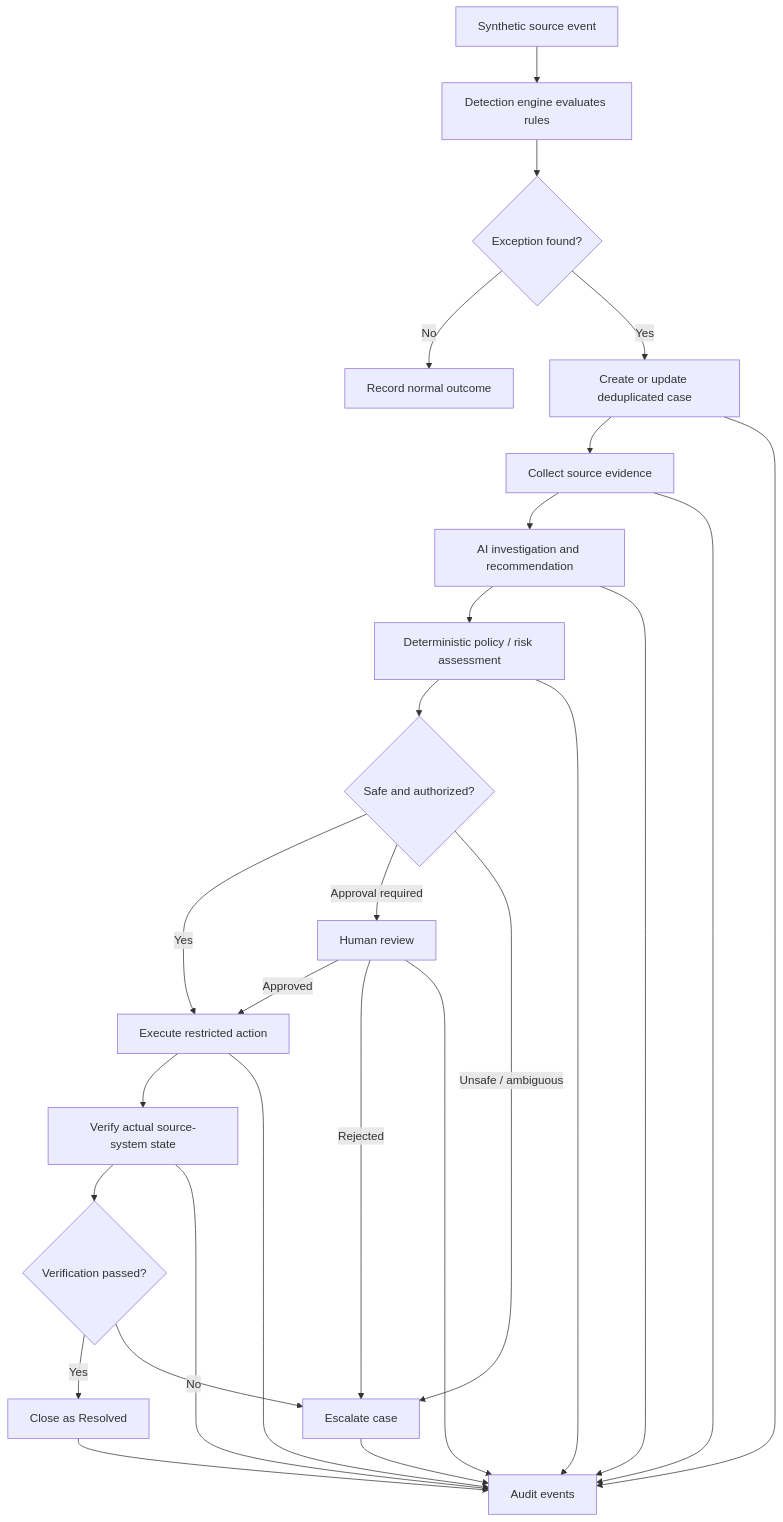
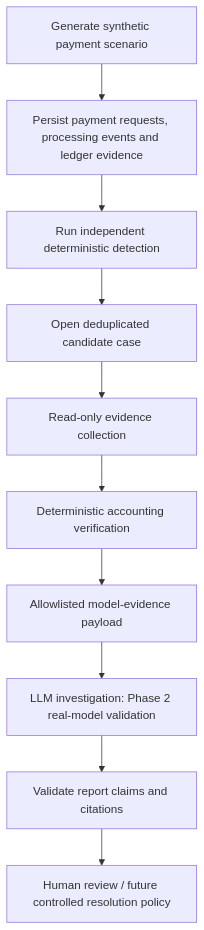
The second of 2 diagrams in README.md (PhyuSinMyat/OCBC-IntelliOps), drawn with Mermaid before and after one commit. The commit also changed other lines of this file and 91 other files, not shown here.

Commit message:
Integrate duplicate scenarios, ledger UI and investigation evidence

````diff
--- a/README.md
+++ b/README.md
@@ -272,29 +172,12 @@
 ```mermaid
 flowchart TD
-    A[Synthetic source event] --> B[Detection engine evaluates rules]
-    B --> C{Exception found?}
-    C -->|No| Z[Record normal outcome]
-    C -->|Yes| D[Create or update deduplicated case]
-    D --> E[Collect source evidence]
-    E --> F[AI investigation and recommendation]
-    F --> G[Deterministic policy / risk assessment]
-    G --> H{Safe and authorized?}
-    H -->|Yes| I[Execute restricted action]
-    H -->|Approval required| J[Human review]
-    H -->|Unsafe / ambiguous| K[Escalate case]
-    J -->|Approved| I
-    J -->|Rejected| K
-    I --> L[Verify actual source-system state]
-    L --> M{Verification passed?}
-    M -->|Yes| N[Close as Resolved]
-    M -->|No| K
-    D --> AUD[Audit events]
-    E --> AUD
-    F --> AUD
-    G --> AUD
-    J --> AUD
-    I --> AUD
-    L --> AUD
-    N --> AUD
-    K --> AUD
+    A[Generate synthetic payment scenario] --> B[Persist payment requests, processing events and ledger evidence]
+    B --> C[Run independent deterministic detection]
+    C --> D[Open deduplicated candidate case]
+    D --> E[Read-only evidence collection]
+    E --> F[Deterministic accounting verification]
+    F --> G[Allowlisted model-evidence payload]
+    G --> H[LLM investigation: Phase 2 real-model validation]
+    H --> I[Validate report claims and citations]
+    I --> J[Human review / future controlled resolution policy]
 ```
````
